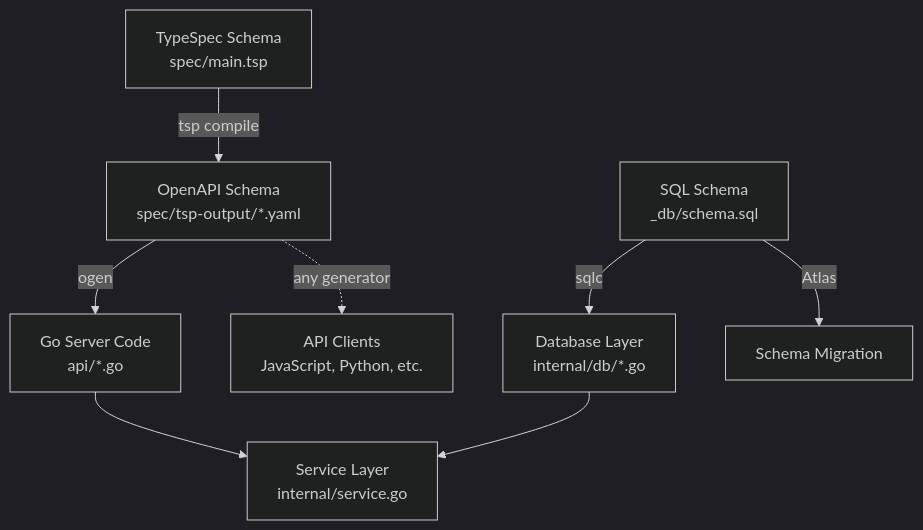
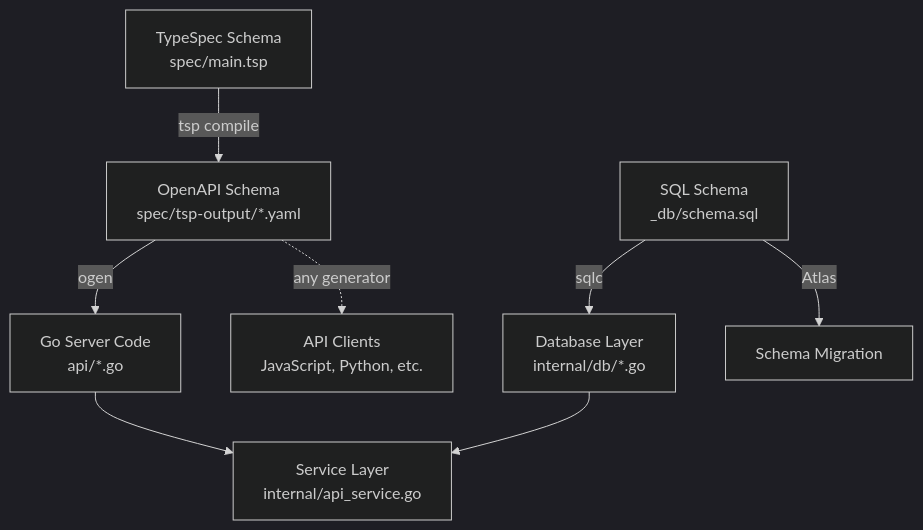
Before and after one commit to thara/facility_reservation_go: diagram 11 of 11 in docs/architecture.md, drawn with Mermaid (dark theme). The commit also changed 6 other files, not shown here.

````diff
--- a/docs/architecture.md
+++ b/docs/architecture.md
@@ -367,12 +367,12 @@
 ```mermaid
 graph TB
     TSP[TypeSpec Schema<br/>spec/main.tsp] --> |tsp compile| OpenAPI[OpenAPI Schema<br/>spec/tsp-output/*.yaml]
     OpenAPI --> |ogen| API[Go Server Code<br/>api/*.go]
     OpenAPI -.-> |any generator| Clients[API Clients<br/>JavaScript, Python, etc.]
     
     SQL[SQL Schema<br/>_db/schema.sql] --> |sqlc| DB[Database Layer<br/>internal/db/*.go]
     SQL --> |Atlas| Migration[Schema Migration]
     
-    API --> Service[Service Layer<br/>internal/service.go]
+    API --> Service[Service Layer<br/>internal/api_service.go]
     DB --> Service
 ```
````
